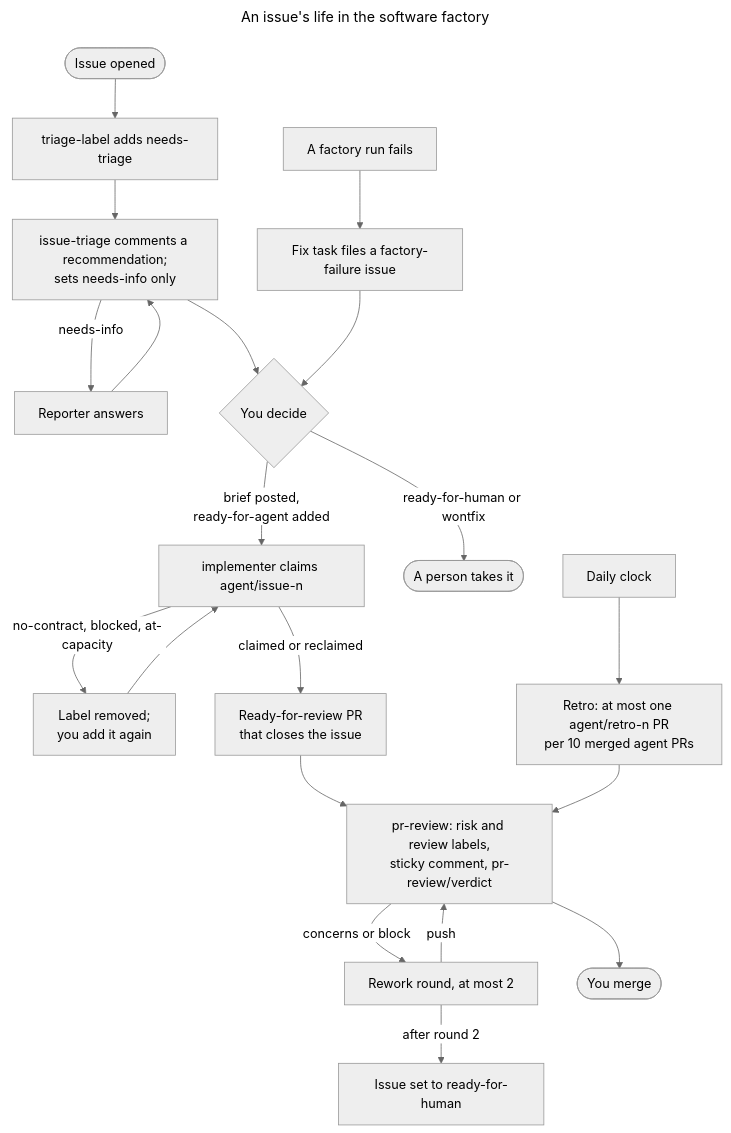
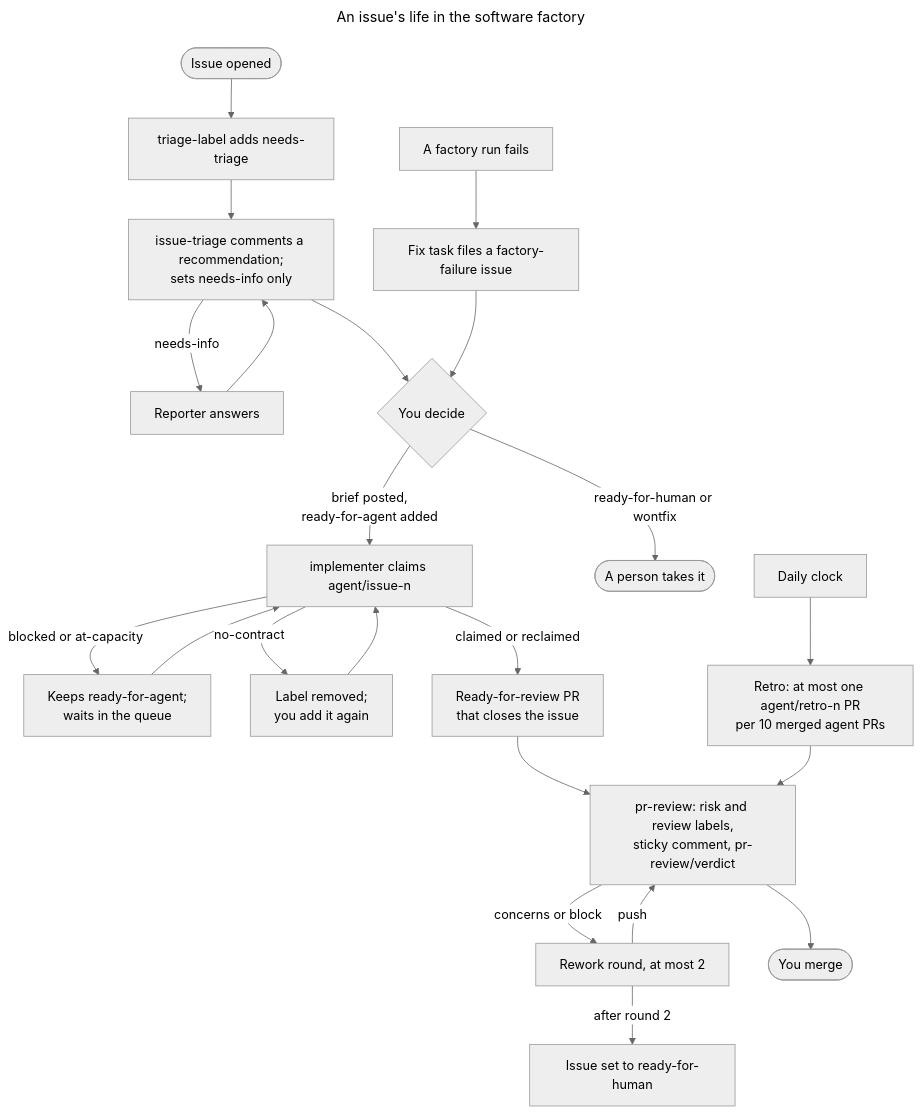
Before and after one commit to fabiandistler/agents: the diagram in docs/factory/README.md, drawn with Mermaid (neutral theme). The commit also changed other lines of this file and 3 other files, not shown here.

````diff
--- a/docs/factory/README.md
+++ b/docs/factory/README.md
@@ -29,25 +31,27 @@
 ```mermaid
 ---
 title: An issue's life in the software factory
 ---
 flowchart TD
     opened([Issue opened]) --> label["triage-label adds needs-triage"]
     label --> triage["issue-triage comments a recommendation;<br/>sets needs-info only"]
     triage -->|needs-info| reply["Reporter answers"]
     reply --> triage
     triage --> decide{"You decide"}
     decide -->|"brief posted,<br/>ready-for-agent added"| claim["implementer claims agent/issue-n"]
     decide -->|"ready-for-human or wontfix"| person([A person takes it])
-    claim -->|"no-contract, blocked, at-capacity"| stopped["Label removed;<br/>you add it again"]
+    claim -->|"blocked or at-capacity"| queue["Keeps ready-for-agent;<br/>waits in the queue"]
+    queue --> claim
+    claim -->|"no-contract"| stopped["Label removed;<br/>you add it again"]
     stopped --> claim
     claim -->|"claimed or reclaimed"| pr["Ready-for-review PR<br/>that closes the issue"]
     pr --> review["pr-review: risk and review labels,<br/>sticky comment, pr-review/verdict"]
     review -->|"concerns or block"| rework["Rework round, at most 2"]
     rework -->|push| review
     rework -->|"after round 2"| human["Issue set to ready-for-human"]
     review --> merge([You merge])
     failed["A factory run fails"] --> fix["Fix task files a factory-failure issue"]
     fix --> decide
     clock["Daily clock"] --> retro["Retro: at most one agent/retro-n PR<br/>per 10 merged agent PRs"]
     retro --> review
 ```
````
